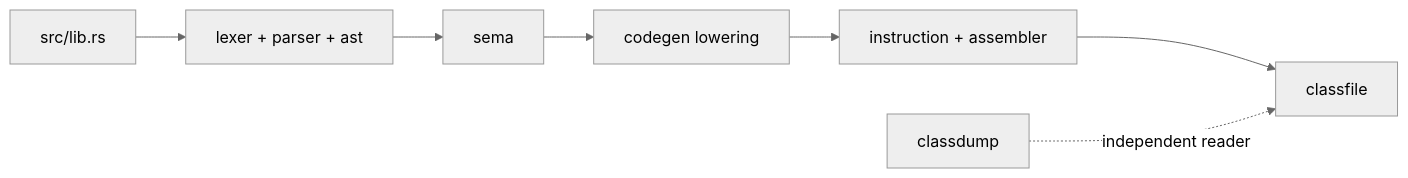
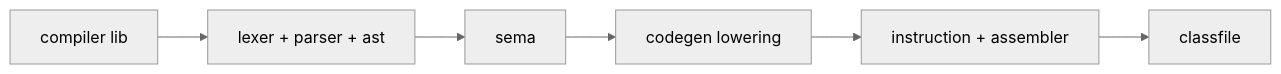
Before and after one commit to VitorNathanG/njavac: the second of 2 diagrams in docs/src/reference/repository-map.md, drawn with Mermaid (neutral theme). The commit also changed other lines of this file and 83 other files, not shown here.

````diff
--- a/docs/src/reference/repository-map.md
+++ b/docs/src/reference/repository-map.md
@@ -79,13 +116,8 @@
 ```mermaid
 flowchart LR
-    Lib["src/lib.rs"]
-    Front["lexer + parser + ast"]
-    Sema["sema"]
-    Lower["codegen lowering"]
-    Asm["instruction + assembler"]
-    CF["classfile"]
-    Dump["classdump"]
-
-    Lib --> Front --> Sema --> Lower --> Asm --> CF
-    Dump -. independent reader .-> CF
+    Lib["compiler lib"] --> Front["lexer + parser + ast"]
+    Front --> Sema["sema"]
+    Sema --> Lower["codegen lowering"]
+    Lower --> Asm["instruction + assembler"]
+    Asm --> Class["classfile"]
 ```
````
